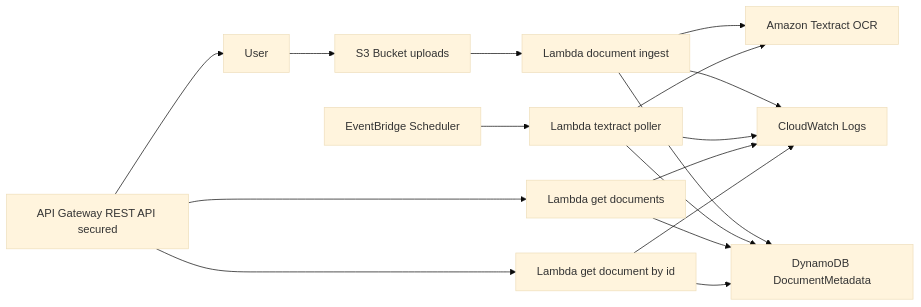
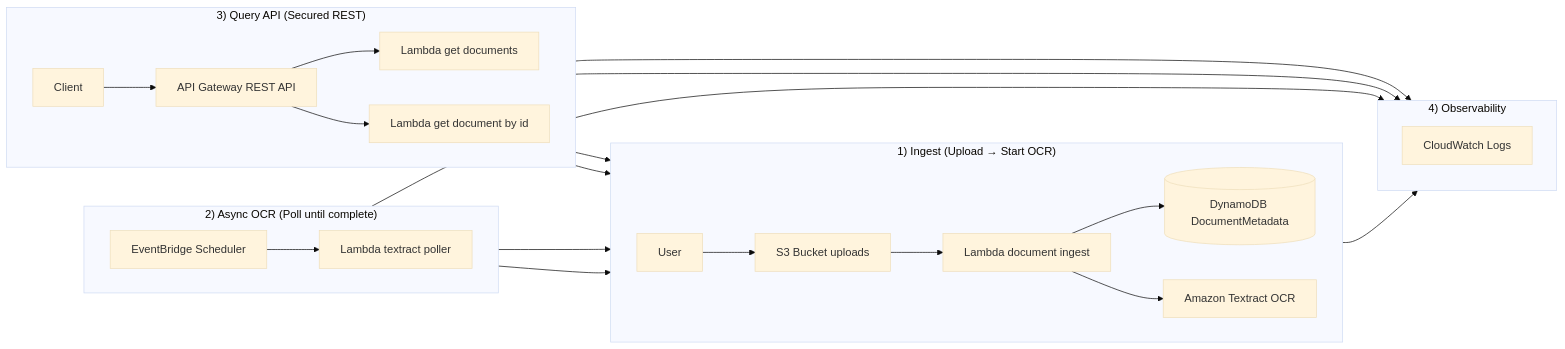
Before and after one commit to YogithR/Serverless-Document-Processing-Pipeline-AWS-: the diagram in README.md, drawn with Mermaid (base theme).

````diff
--- a/README.md
+++ b/README.md
@@ -12,51 +12,52 @@
 ```mermaid
 flowchart LR
-    %% User & Upload
-    User[User]
-    S3[S3 Bucket uploads]
 
-    %% Processing
-    L1[Lambda document ingest]
-    TX[Amazon Textract OCR]
-    EB[EventBridge Scheduler]
-    L2[Lambda textract poller]
+%% =========================
+%% 1) INGEST (S3 -> Lambda -> Textract/DynamoDB)
+%% =========================
+subgraph ING["1) Ingest (Upload → Start OCR)"]
+direction LR
+U[User] --> S3[S3 Bucket uploads]
+S3 --> L1[Lambda document ingest]
+L1 --> DDB[(DynamoDB DocumentMetadata)]
+L1 --> TX[Amazon Textract OCR]
+end
 
-    %% Storage
-    DDB[DynamoDB DocumentMetadata]
+%% =========================
+%% 2) ASYNC OCR (EventBridge -> Poller -> DynamoDB)
+%% =========================
+subgraph ASYNC["2) Async OCR (Poll until complete)"]
+direction LR
+EB[EventBridge Scheduler] --> L2[Lambda textract poller]
+L2 --> TX
+L2 --> DDB
+end
 
-    %% API Layer
-    APIGW[API Gateway REST API secured]
-    L3[Lambda get documents]
-    L4[Lambda get document by id]
+%% =========================
+%% 3) API (API Gateway -> Lambdas -> DynamoDB)
+%% =========================
+subgraph API["3) Query API (Secured REST)"]
+direction LR
+C[Client] --> APIGW[API Gateway REST API]
+APIGW --> L3[Lambda get documents]
+APIGW --> L4[Lambda get document by id]
+L3 --> DDB
+L4 --> DDB
+end
 
-    %% Observability
-    CW[CloudWatch Logs]
+%% =========================
+%% 4) LOGS (All Lambdas -> CloudWatch)
+%% =========================
+subgraph OBS["4) Observability"]
+direction TB
+CW[CloudWatch Logs]
+end
 
-    %% Upload Flow
-    User --> S3
-    S3 --> L1
-    L1 --> DDB
-    L1 --> TX
-
-    %% OCR Processing
-    EB --> L2
-    L2 --> TX
-    L2 --> DDB
-
-    %% API Query Flow
-    APIGW --> L3
-    APIGW --> L4
-    L3 --> DDB
-    L4 --> DDB
-    APIGW --> User
-
-    %% Logging
-    L1 --> CW
-    L2 --> CW
-    L3 --> CW
-    L4 --> CW
-
+L1 --> CW
+L2 --> CW
+L3 --> CW
+L4 --> CW
 
 
 
 ```
````
